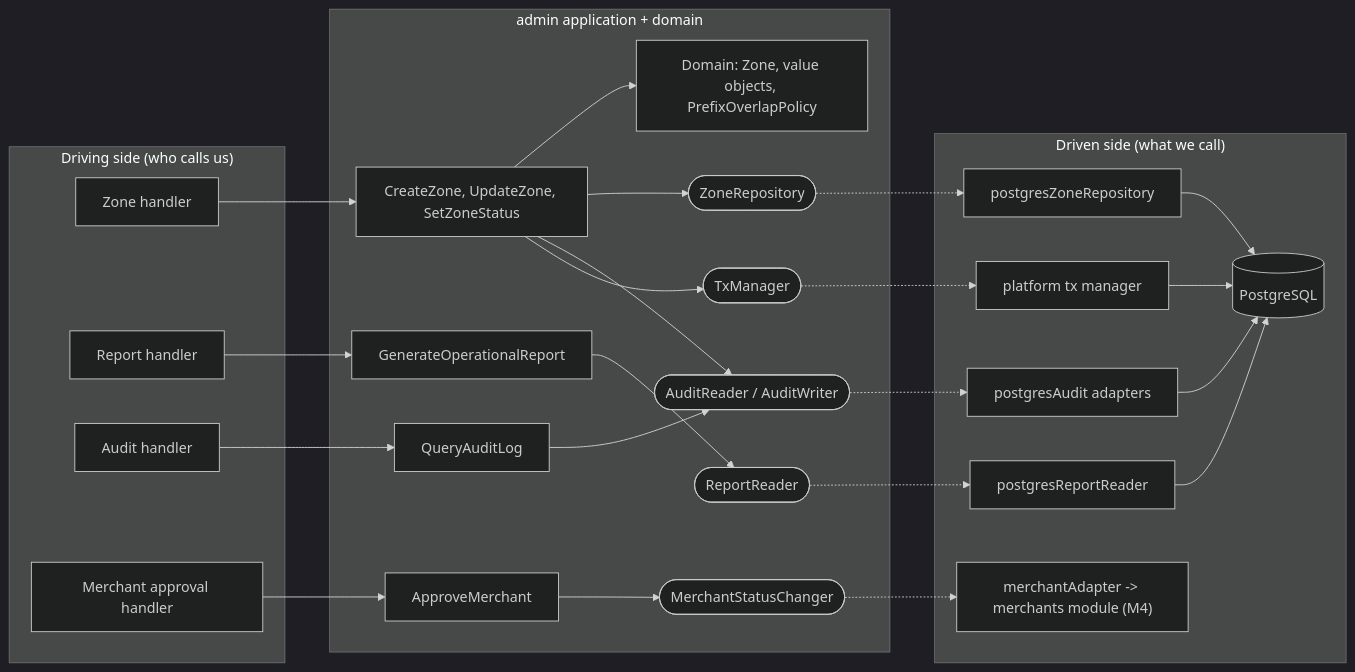
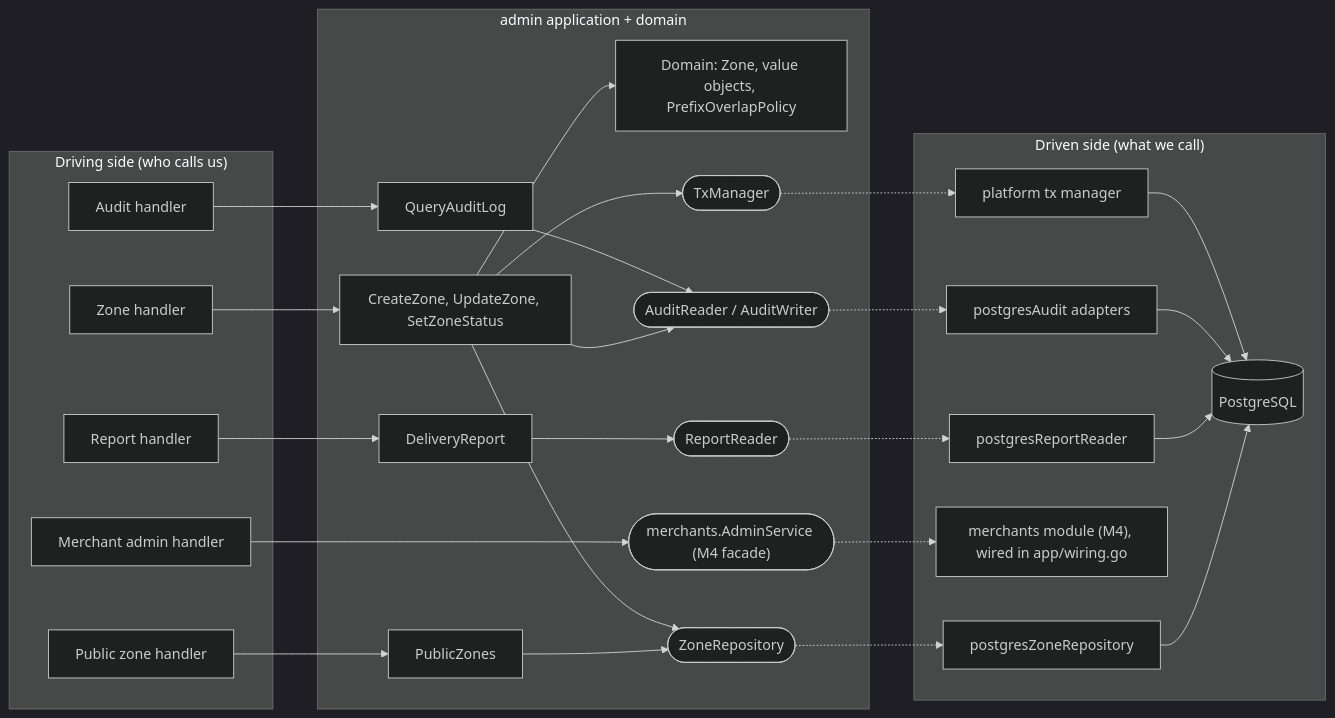
Before and after one commit to phantomTroupeEAD/SwiftDrop: the eighth of 12 diagrams in docs/drafts/member-07-dispatcher-admin-web-gateway/doc-03-internal-architecture-and-design.md, drawn with Mermaid (dark theme). The commit also changed other lines of this file and 125 other files, not shown here.

````diff
--- a/docs/drafts/member-07-dispatcher-admin-web-gateway/doc-03-internal-architecture-and-design.md
+++ b/docs/drafts/member-07-dispatcher-admin-web-gateway/doc-03-internal-architecture-and-design.md
@@ -645,49 +666,51 @@
 ```mermaid
 flowchart LR
     subgraph In["Driving side (who calls us)"]
         H1["Zone handler"]
         H2["Report handler"]
         H3["Audit handler"]
-        H4["Merchant approval handler"]
+        H4["Merchant admin handler"]
+        H5["Public zone handler"]
     end
     subgraph Core["admin application + domain"]
         UC1["CreateZone, UpdateZone, SetZoneStatus"]
-        UC2["GenerateOperationalReport"]
+        UC2["DeliveryReport"]
         UC3["QueryAuditLog"]
-        UC4["ApproveMerchant"]
+        UC5["PublicZones"]
         DM["Domain: Zone, value objects, PrefixOverlapPolicy"]
         P1(["ZoneRepository"])
         P2(["ReportReader"])
         P3(["AuditReader / AuditWriter"])
-        P4(["MerchantStatusChanger"])
+        P4(["merchants.AdminService (M4 facade)"])
         P5(["TxManager"])
     end
     subgraph Out["Driven side (what we call)"]
         A1["postgresZoneRepository"]
         A2["postgresReportReader"]
         A3["postgresAudit adapters"]
-        A4["merchantAdapter -> merchants module (M4)"]
+        A4["merchants module (M4), wired in app/wiring.go"]
         A5["platform tx manager"]
         DB[("PostgreSQL")]
     end
     H1 --> UC1
     H2 --> UC2
     H3 --> UC3
-    H4 --> UC4
+    H4 --> P4
+    H5 --> UC5
+    UC5 --> P1
     UC1 --> DM
     UC1 --> P1
     UC1 --> P3
     UC1 --> P5
     UC2 --> P2
     UC3 --> P3
-    UC4 --> P4
     P1 -.-> A1
     P2 -.-> A2
     P3 -.-> A3
     P4 -.-> A4
     P5 -.-> A5
     A1 --> DB
     A2 --> DB
     A3 --> DB
     A5 --> DB
 ```
````
